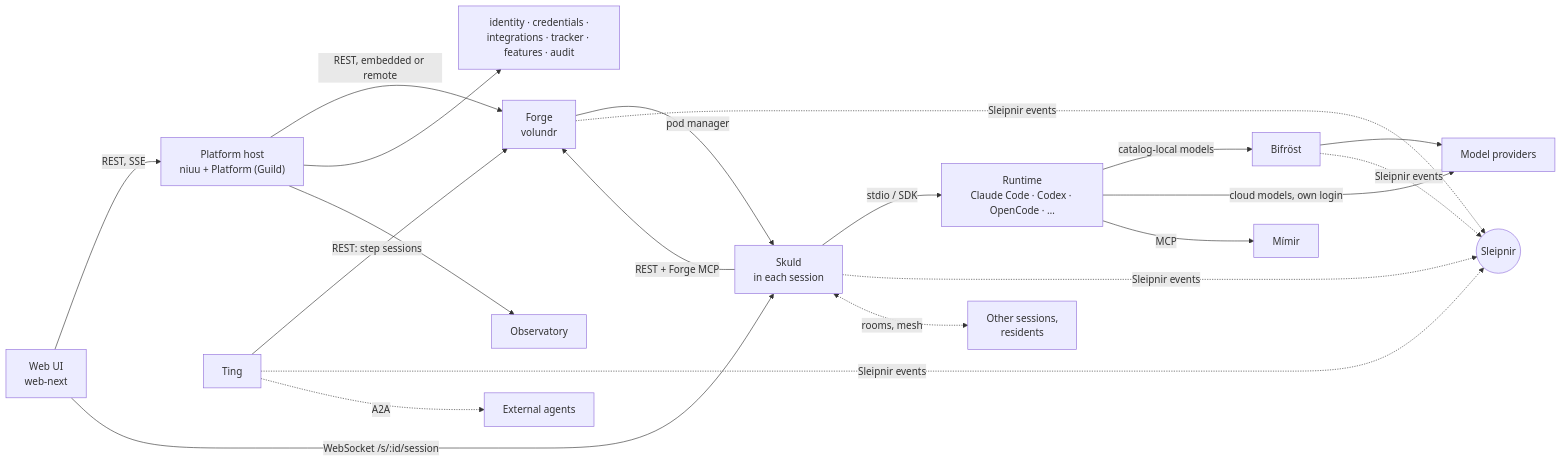
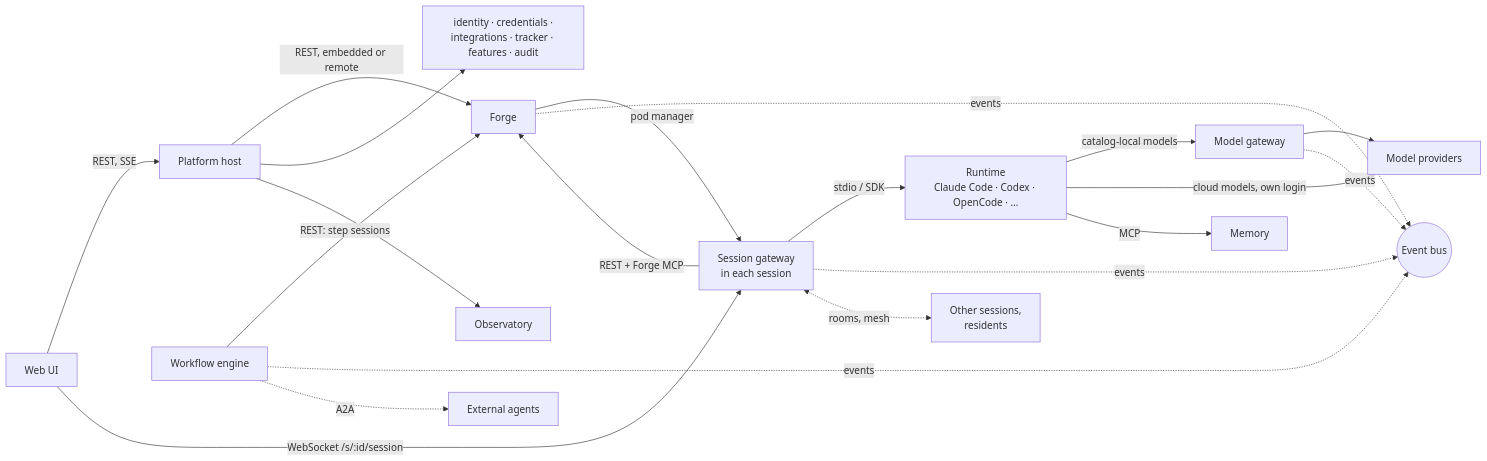
One commit to niuulabs/niuu changed the diagram in docs/site/architecture/stack/services.md. Above: the diagram before and after it, drawn with Mermaid. The commit also changed other lines of this file and 65 other files, not shown here.

````diff
--- a/docs/site/architecture/stack/services.md
+++ b/docs/site/architecture/stack/services.md
@@ -21,19 +21,19 @@
 ```mermaid
 flowchart LR
-    UI["Web UI<br/>web-next"] -->|REST, SSE| Host["Platform host<br/>niuu + Platform (Guild)"]
-    UI -->|WebSocket /s/:id/session| Skuld
-    Host -->|REST, embedded or remote| Forge["Forge<br/>volundr"]
+    UI["Web UI"] -->|REST, SSE| Host["Platform host"]
+    UI -->|WebSocket /s/:id/session| GW
+    Host -->|REST, embedded or remote| Forge["Forge"]
     Host --> Shared["identity · credentials ·<br/>integrations · tracker · features · audit"]
-    Forge -->|pod manager| Skuld["Skuld<br/>in each session"]
-    Skuld -->|stdio / SDK| RT["Runtime<br/>Claude Code · Codex · OpenCode · …"]
-    RT -->|catalog-local models| Bifrost["Bifröst"]
+    Forge -->|pod manager| GW["Session gateway<br/>in each session"]
+    GW -->|stdio / SDK| RT["Runtime<br/>Claude Code · Codex · OpenCode · …"]
+    RT -->|catalog-local models| MG["Model gateway"]
     RT -->|cloud models, own login| Prov["Model providers"]
-    Bifrost --> Prov
-    RT -->|MCP| Mimir["Mímir"]
-    Skuld -->|REST + Forge MCP| Forge
-    Ting -->|REST: step sessions| Forge
-    Forge & Ting & Skuld & Bifrost -.->|Sleipnir events| Bus(("Sleipnir"))
-    Skuld <-.->|rooms, mesh| Peers["Other sessions,<br/>residents"]
-    Ting -.->|A2A| Ext["External agents"]
+    MG --> Prov
+    RT -->|MCP| Mem["Memory"]
+    GW -->|REST + Forge MCP| Forge
+    WF["Workflow engine"] -->|REST: step sessions| Forge
+    Forge & WF & GW & MG -.->|events| Bus(("Event bus"))
+    GW <-.->|rooms, mesh| Peers["Other sessions,<br/>residents"]
+    WF -.->|A2A| Ext["External agents"]
     Host --> Obs["Observatory"]
 ```
````
